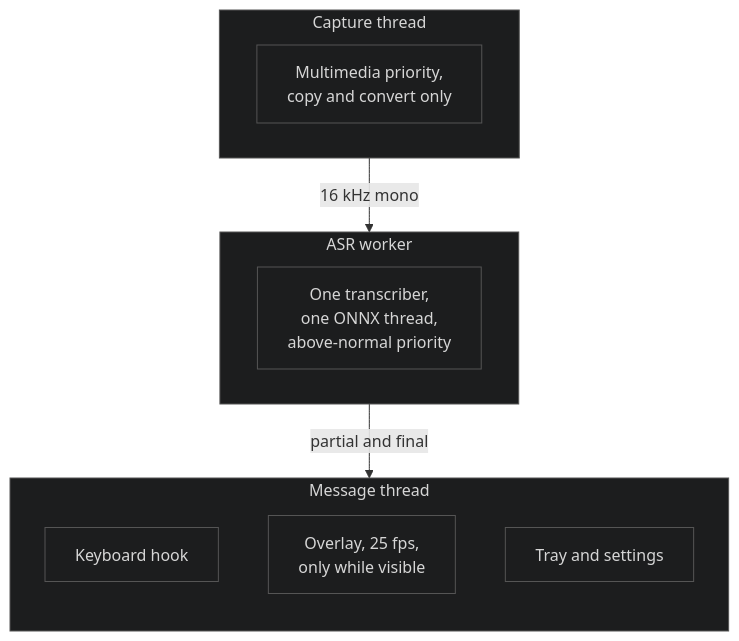
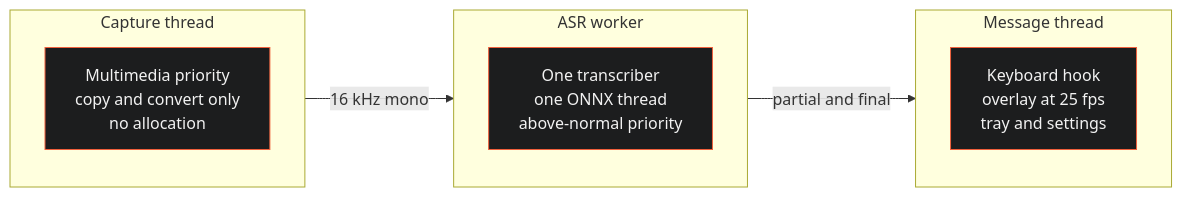
One commit to A-Snegin/flow-dictation changed the second of 2 diagrams in README.md. Above: the diagram before and after it, drawn with Mermaid. The commit also changed other lines of this file, not shown here.

Commit message:
README: reorient the diagrams for GitHub's column width
The critical path was left to right, which GitHub renders at a fraction
of the size to fit the README column, and the thread diagram was top to
bottom, which stacked three subgraphs into a tall strip. Swapped: the
path reads down the column at full size, the threads read across.

````diff
--- a/README.md
+++ b/README.md
@@ -122,21 +122,18 @@
 ```mermaid
-flowchart TB
-    subgraph msg["Message thread"]
-        direction TB
-        M1["Keyboard hook"]
-        M2["Overlay, 25 fps,<br/>only while visible"]
-        M3["Tray and settings"]
-    end
+flowchart LR
     subgraph aud["Capture thread"]
-        A1["Multimedia priority,<br/>copy and convert only"]
+        A1["Multimedia priority<br/>copy and convert only<br/>no allocation"]
     end
     subgraph asr["ASR worker"]
-        S1["One transcriber,<br/>one ONNX thread,<br/>above-normal priority"]
+        S1["One transcriber<br/>one ONNX thread<br/>above-normal priority"]
+    end
+    subgraph msg["Message thread"]
+        M1["Keyboard hook<br/>overlay at 25 fps<br/>tray and settings"]
     end
 
     aud -->|"16 kHz mono"| asr
     asr -->|"partial and final"| msg
 
-    classDef box fill:#1c1d1e,stroke:#555555,color:#d6d6d6
-    class msg,aud,asr,M1,M2,M3,A1,S1 box
+    classDef box fill:#1c1d1e,stroke:#f0603c,color:#f2f2f2
+    class A1,S1,M1 box
 ```
````
